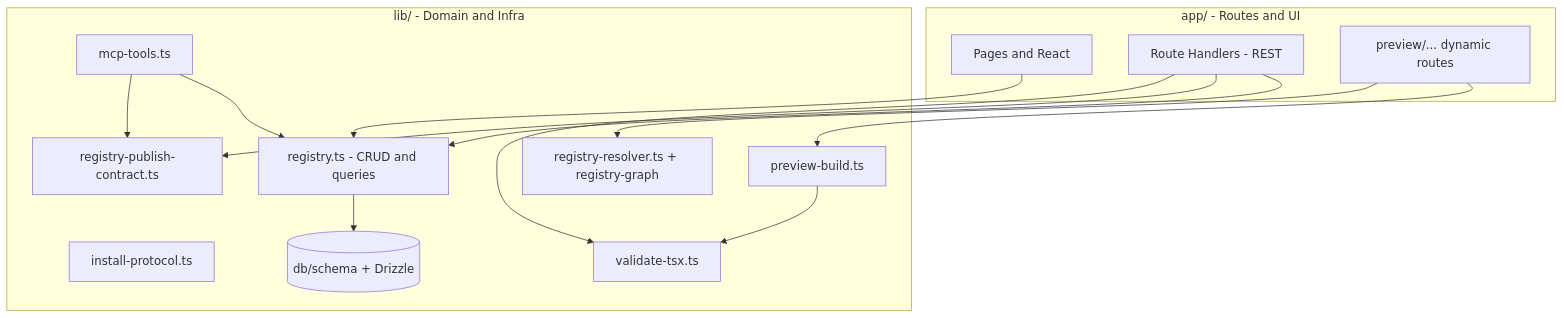
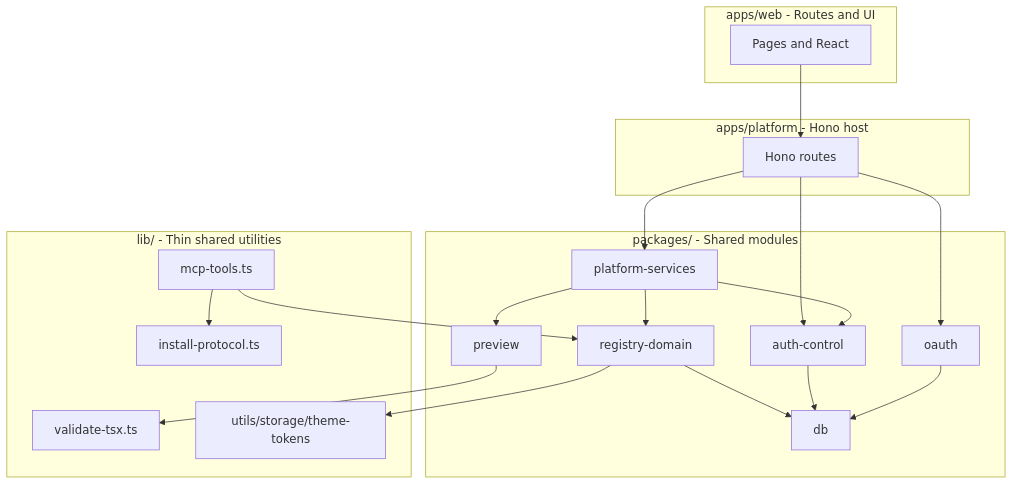
Before and after one commit to randomgoose/cozy-registry: the second of 5 diagrams in docs/00-overview/system-architecture.md, drawn with Mermaid. The commit also changed other lines of this file and 488 other files, not shown here.

Commit message:
migrate to monorepo web and platform architecture

````diff
--- a/docs/00-overview/system-architecture.md
+++ b/docs/00-overview/system-architecture.md
@@ -57,30 +57,41 @@
 ```mermaid
 flowchart TB
-  subgraph app [app/ - Routes and UI]
+  subgraph web [apps/web - Routes and UI]
     Pages[Pages and React]
-    Routes[Route Handlers - REST]
-    PrevRoute[preview/... dynamic routes]
   end
 
-  subgraph lib [lib/ - Domain and Infra]
-    Registry[registry.ts - CRUD and queries]
-    Contract[registry-publish-contract.ts]
-    Resolver[registry-resolver.ts + registry-graph]
-    Install[install-protocol.ts]
-    PreviewBuild[preview-build.ts]
-    Validate[validate-tsx.ts]
-    MCPImpl[mcp-tools.ts]
-    DB[(db/schema + Drizzle)]
+  subgraph platform [apps/platform - Hono host]
+    PlatformRoutes[Hono routes]
   end
 
-  Pages --> Registry
-  Routes --> Registry
-  Routes --> Contract
-  Routes --> Validate
-  PrevRoute --> PreviewBuild
-  PrevRoute --> Resolver
-  MCPImpl --> Registry
-  MCPImpl --> Contract
-  Registry --> DB
-  PreviewBuild --> Validate
+  subgraph packages [packages/ - Shared modules]
+    PlatformSvc[platform-services]
+    AuthCtl[auth-control]
+    RegistryDomain[registry-domain]
+    PreviewPkg[preview]
+    OAuthPkg[oauth]
+    DBPkg[db]
+  end
+
+  subgraph lib [lib/ - Thin shared utilities]
+    Validate[validate-tsx.ts]
+    Install[install-protocol.ts]
+    Utils[utils/storage/theme-tokens]
+    MCPImpl[mcp-tools.ts]
+  end
+
+  Pages --> PlatformRoutes
+  PlatformRoutes --> PlatformSvc
+  PlatformRoutes --> AuthCtl
+  PlatformRoutes --> OAuthPkg
+  PlatformSvc --> RegistryDomain
+  PlatformSvc --> PreviewPkg
+  PlatformSvc --> AuthCtl
+  RegistryDomain --> DBPkg
+  AuthCtl --> DBPkg
+  OAuthPkg --> DBPkg
+  PreviewPkg --> Validate
+  RegistryDomain --> Utils
+  MCPImpl --> RegistryDomain
+  MCPImpl --> Install
 ```
````
